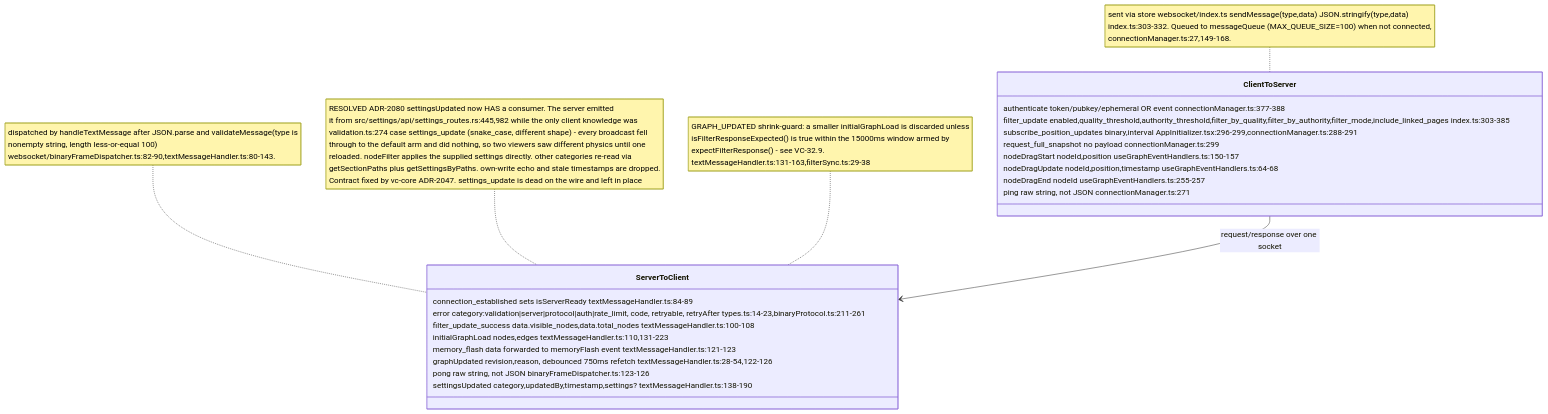
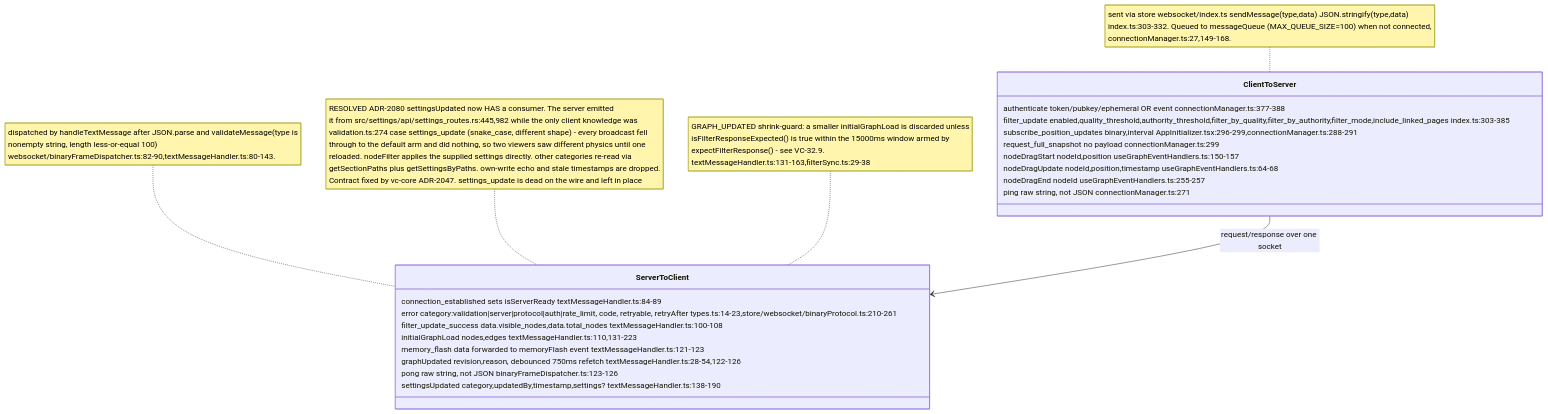
Before and after one commit to DreamLab-AI/VisionFlow: diagram 15 of 16 in docs/diagrams/visionclaw/32-client-websocket-and-binary.md, drawn with Mermaid. The commit also changed other lines of this file and 185 other files, not shown here.

Commit message:
docs(estate): reconcile diagrams and ADRs with source and define closeout sprint

````diff
--- a/docs/diagrams/visionclaw/32-client-websocket-and-binary.md
+++ b/docs/diagrams/visionclaw/32-client-websocket-and-binary.md
@@ -483,28 +486,28 @@
 ```mermaid
 classDiagram
     class ClientToServer {
       authenticate  token/pubkey/ephemeral OR event  connectionManager.ts:377-388
       filter_update  enabled,quality_threshold,authority_threshold,filter_by_quality,filter_by_authority,filter_mode,include_linked_pages  index.ts:303-385
       subscribe_position_updates  binary,interval  AppInitializer.tsx:296-299,connectionManager.ts:288-291
       request_full_snapshot  no payload  connectionManager.ts:299
       nodeDragStart  nodeId,position  useGraphEventHandlers.ts:150-157
       nodeDragUpdate  nodeId,position,timestamp  useGraphEventHandlers.ts:64-68
       nodeDragEnd  nodeId  useGraphEventHandlers.ts:255-257
       ping  raw string, not JSON  connectionManager.ts:271
     }
     class ServerToClient {
       connection_established  sets isServerReady  textMessageHandler.ts:84-89
-      error  category:validation|server|protocol|auth|rate_limit, code, retryable, retryAfter  types.ts:14-23,binaryProtocol.ts:211-261
+      error  category:validation|server|protocol|auth|rate_limit, code, retryable, retryAfter  types.ts:14-23,store/websocket/binaryProtocol.ts:210-261
       filter_update_success  data.visible_nodes,data.total_nodes  textMessageHandler.ts:100-108
       initialGraphLoad  nodes,edges  textMessageHandler.ts:110,131-223
       memory_flash  data forwarded to memoryFlash event  textMessageHandler.ts:121-123
       graphUpdated  revision,reason, debounced 750ms refetch  textMessageHandler.ts:28-54,122-126
       pong  raw string, not JSON  binaryFrameDispatcher.ts:123-126
       settingsUpdated  category,updatedBy,timestamp,settings? textMessageHandler.ts:138-190
     }
     ClientToServer --> ServerToClient : request/response over one socket
     note for ClientToServer "sent via store websocket/index.ts sendMessage(type,data) JSON.stringify(type,data)<br/>index.ts:303-332. Queued to messageQueue (MAX_QUEUE_SIZE=100) when not connected,<br/>connectionManager.ts:27,149-168."
     note for ServerToClient "dispatched by handleTextMessage after JSON.parse and validateMessage(type is<br/>nonempty string, length less-or-equal 100)<br/>websocket/binaryFrameDispatcher.ts:82-90,textMessageHandler.ts:80-143."
     note for ServerToClient "RESOLVED ADR-2080 settingsUpdated now HAS a consumer. The server emitted<br/>it from src/settings/api/settings_routes.rs:445,982 while the only client knowledge was<br/>validation.ts:274 case settings_update (snake_case, different shape) - every broadcast fell<br/>through to the default arm and did nothing, so two viewers saw different physics until one<br/>reloaded. nodeFilter applies the supplied settings directly. other categories re-read via<br/>getSectionPaths plus getSettingsByPaths. own-write echo and stale timestamps are dropped.<br/>Contract fixed by vc-core ADR-2047. settings_update is dead on the wire and left in place"
     note for ServerToClient "GRAPH_UPDATED shrink-guard: a smaller initialGraphLoad is discarded unless<br/>isFilterResponseExpected() is true within the 15000ms window armed by<br/>expectFilterResponse() - see VC-32.9.<br/>textMessageHandler.ts:131-163,filterSync.ts:29-38"
 ```
````
